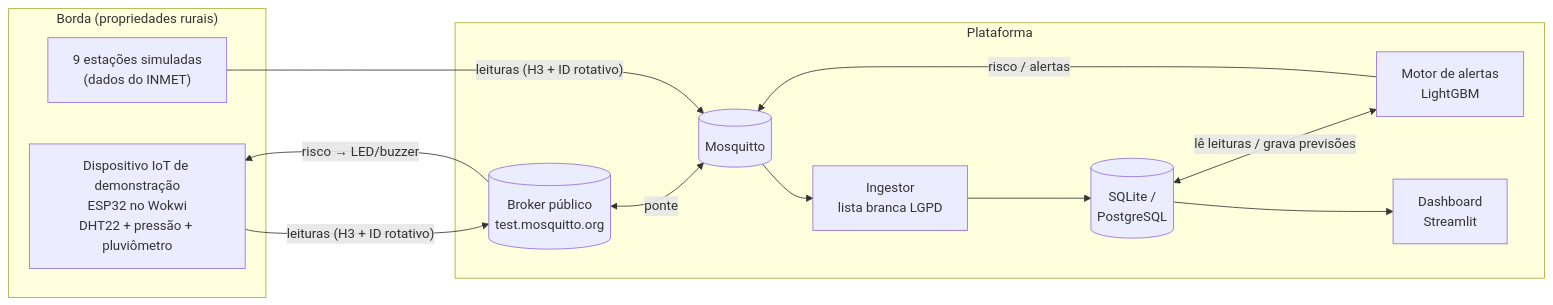
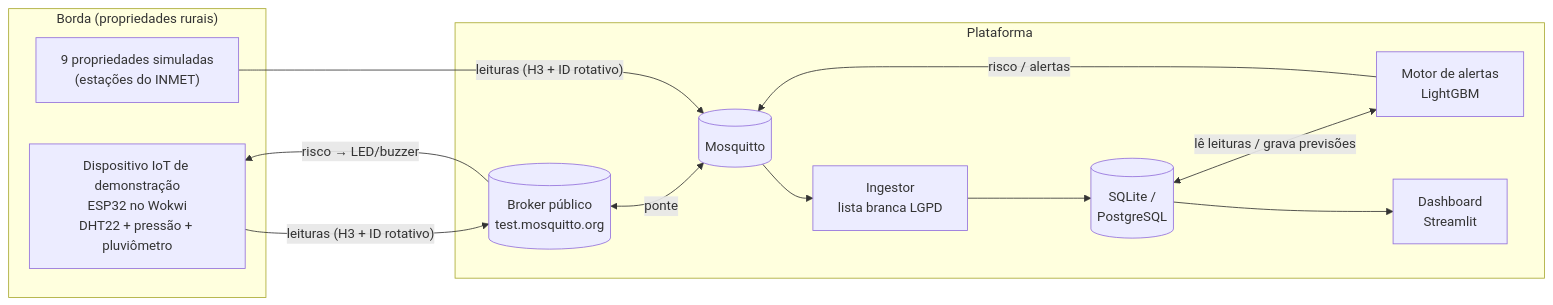
The diagram in README.md (dzpoa/unisinos-agroalerta), drawn with Mermaid before and after one commit.

Commit message:
Renomeia fontes de dados no diagrama do README
- "Simulador da rede" passa a "9 propriedades simuladas (estações do
  INMET)", alinhado ao bloco "Borda (propriedades rurais)".

````diff
--- a/README.md
+++ b/README.md
@@ -16,22 +16,22 @@
 ```mermaid
 flowchart LR
     subgraph Borda["Borda (propriedades rurais)"]
         ESP["Dispositivo IoT de demonstração<br/>ESP32 no Wokwi<br/>DHT22 + pressão + pluviômetro"]
-        SIM["9 estações simuladas<br/>(dados do INMET)"]
+        SIM["9 propriedades simuladas<br/>(estações do INMET)"]
     end
     subgraph Nuvem["Plataforma"]
         HIVE[("Broker público<br/>test.mosquitto.org")]
         MQ[("Mosquitto")]
         ING["Ingestor<br/>lista branca LGPD"]
         DB[("SQLite /<br/>PostgreSQL")]
         MOT["Motor de alertas<br/>LightGBM"]
         DASH["Dashboard<br/>Streamlit"]
     end
     ESP -- "leituras (H3 + ID rotativo)" --> HIVE <-- ponte --> MQ
     SIM -- "leituras (H3 + ID rotativo)" --> MQ
     MQ --> ING --> DB
     DB <-- "lê leituras / grava previsões" --> MOT
     MOT -- "risco / alertas" --> MQ
     HIVE -- "risco → LED/buzzer" --> ESP
     DB --> DASH
 ```
````
